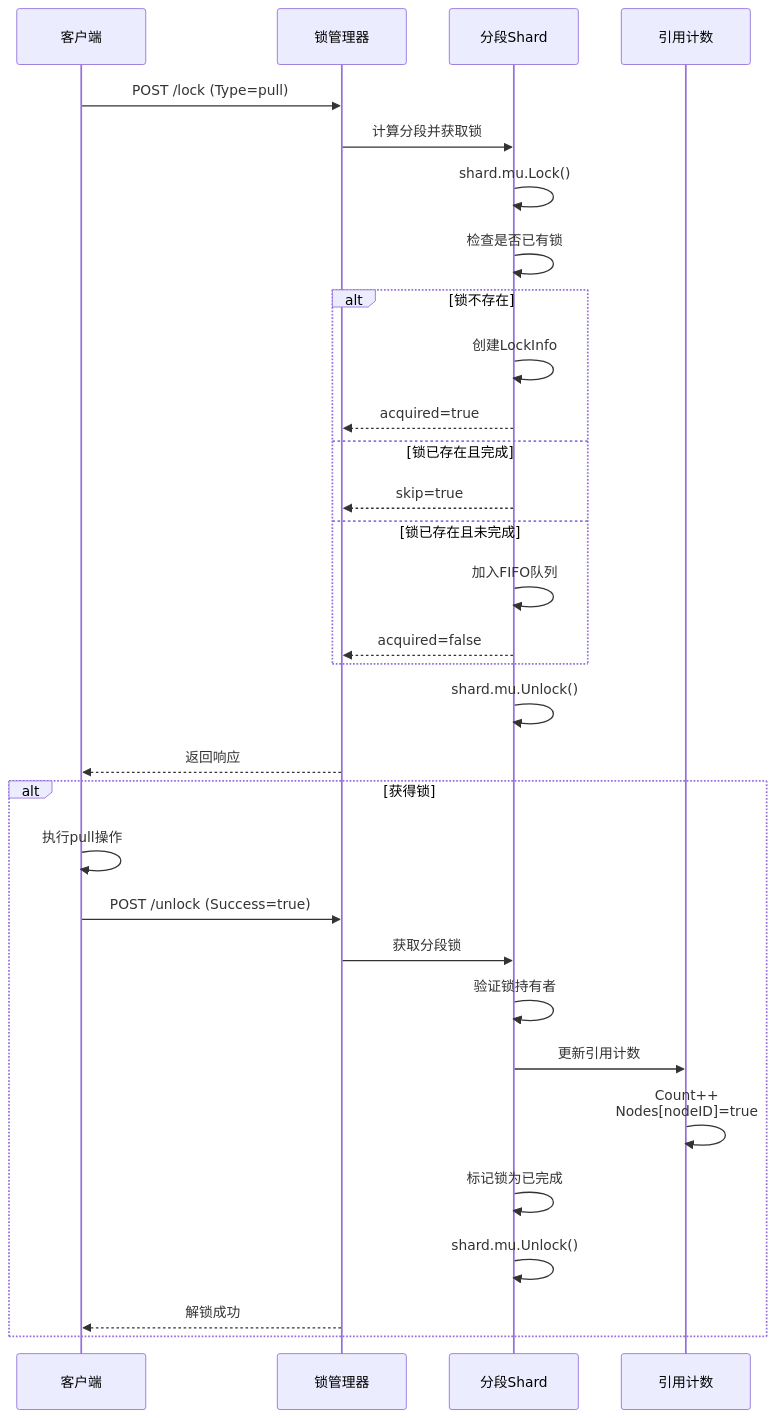
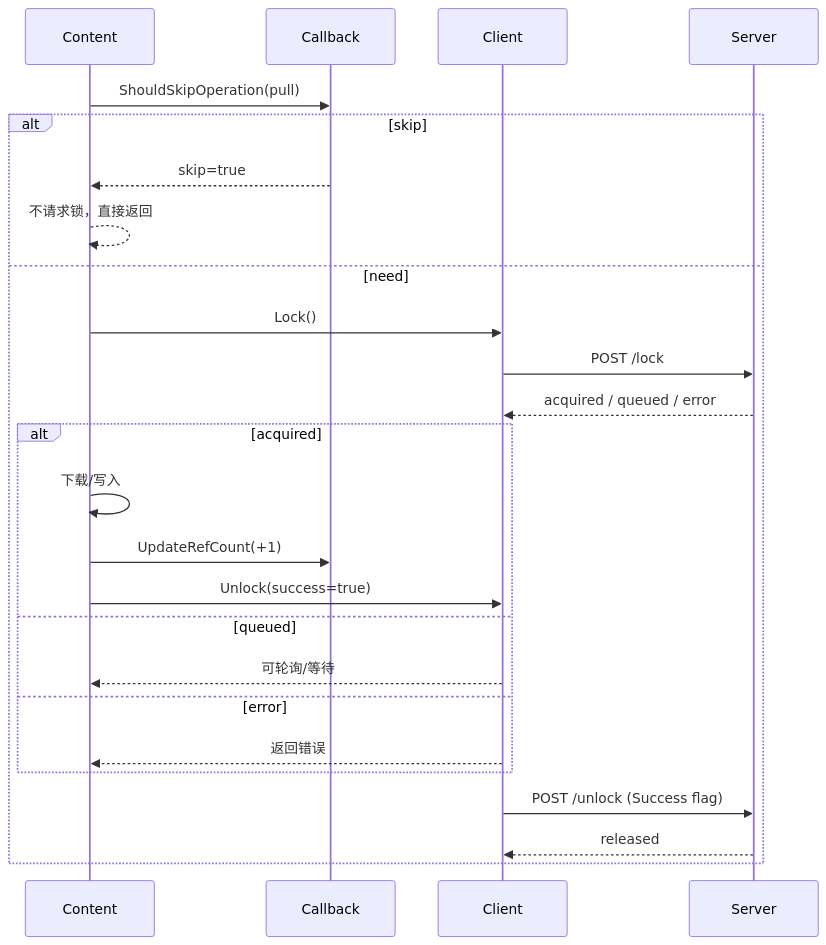
Before and after one commit to JieQii/distributed-lock: the ninth of 11 diagrams in server/FLOWCHART.md, drawn with Mermaid. The commit also changed other lines of this file and 5 other files, not shown here.

Commit message:
feat:update flowchart

````diff
--- a/server/FLOWCHART.md
+++ b/server/FLOWCHART.md
@@ -239,35 +147,28 @@
 ```mermaid
 sequenceDiagram
-    participant C as 客户端
-    participant LM as 锁管理器
-    participant S as 分段Shard
-    participant RC as 引用计数
-    
-    C->>LM: POST /lock (Type=pull)
-    LM->>S: 计算分段并获取锁
-    S->>S: shard.mu.Lock()
-    S->>S: 检查是否已有锁
-    alt 锁不存在
-        S->>S: 创建LockInfo
-        S-->>LM: acquired=true
-    else 锁已存在且完成
-        S-->>LM: skip=true
-    else 锁已存在且未完成
-        S->>S: 加入FIFO队列
-        S-->>LM: acquired=false
-    end
-    S->>S: shard.mu.Unlock()
-    LM-->>C: 返回响应
-    
-    alt 获得锁
-        C->>C: 执行pull操作
-        C->>LM: POST /unlock (Success=true)
-        LM->>S: 获取分段锁
-        S->>S: 验证锁持有者
-        S->>RC: 更新引用计数
-        RC->>RC: Count++<br/>Nodes[nodeID]=true
-        S->>S: 标记锁为已完成
-        S->>S: shard.mu.Unlock()
-        LM-->>C: 解锁成功
+    participant Content
+    participant Callback
+    participant Client
+    participant Server
+
+    Content->>Callback: ShouldSkipOperation(pull)
+    alt skip
+        Callback-->>Content: skip=true
+        Content-->>Content: 不请求锁，直接返回
+    else need
+        Content->>Client: Lock()
+        Client->>Server: POST /lock
+        Server-->>Client: acquired / queued / error
+        alt acquired
+            Content->>Content: 下载/写入
+            Content->>Callback: UpdateRefCount(+1)
+            Content->>Client: Unlock(success=true)
+        else queued
+            Client-->>Content: 可轮询/等待
+        else error
+            Client-->>Content: 返回错误
+        end
+        Client->>Server: POST /unlock (Success flag)
+        Server-->>Client: released
     end
 ```
````
